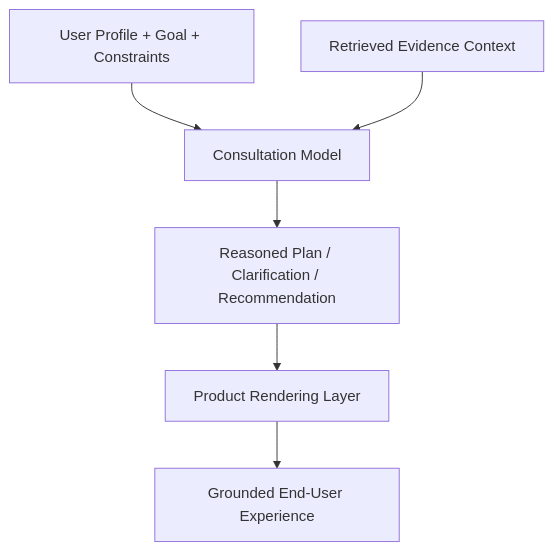
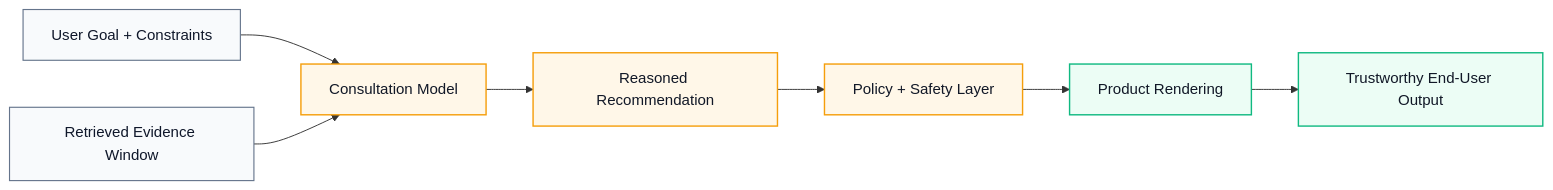
One commit to GunjanGrunge/thor changed the second of 8 diagrams in README.md. Above: the diagram before and after it, drawn with Mermaid. The commit also changed other lines of this file and 1 other file, not shown here.

Commit message:
Upgrade README architecture visuals

````diff
--- a/README.md
+++ b/README.md
@@ -130,8 +166,21 @@
 ```mermaid
-flowchart TB
-    U[User Profile + Goal + Constraints] --> Q[Consultation Model]
-    R[Retrieved Evidence Context] --> Q
-    Q --> P[Reasoned Plan / Clarification / Recommendation]
-    P --> X[Product Rendering Layer]
-    X --> Y[Grounded End-User Experience]
+flowchart LR
+    U[User Goal + Constraints]
+    R[Retrieved Evidence Window]
+    Q[Consultation Model]
+    P[Reasoned Recommendation]
+    X[Policy + Safety Layer]
+    Y[Product Rendering]
+    Z[Trustworthy End-User Output]
+
+    U --> Q
+    R --> Q
+    Q --> P --> X --> Y --> Z
+
+    classDef edge fill:#F8FAFC,stroke:#64748B,color:#0F172A,stroke-width:1.2px;
+    classDef core fill:#FFF7E8,stroke:#F59E0B,color:#111827,stroke-width:1.5px;
+    classDef out fill:#ECFDF5,stroke:#10B981,color:#111827,stroke-width:1.5px;
+    class U,R edge;
+    class Q,P,X core;
+    class Y,Z out;
 ```
````
